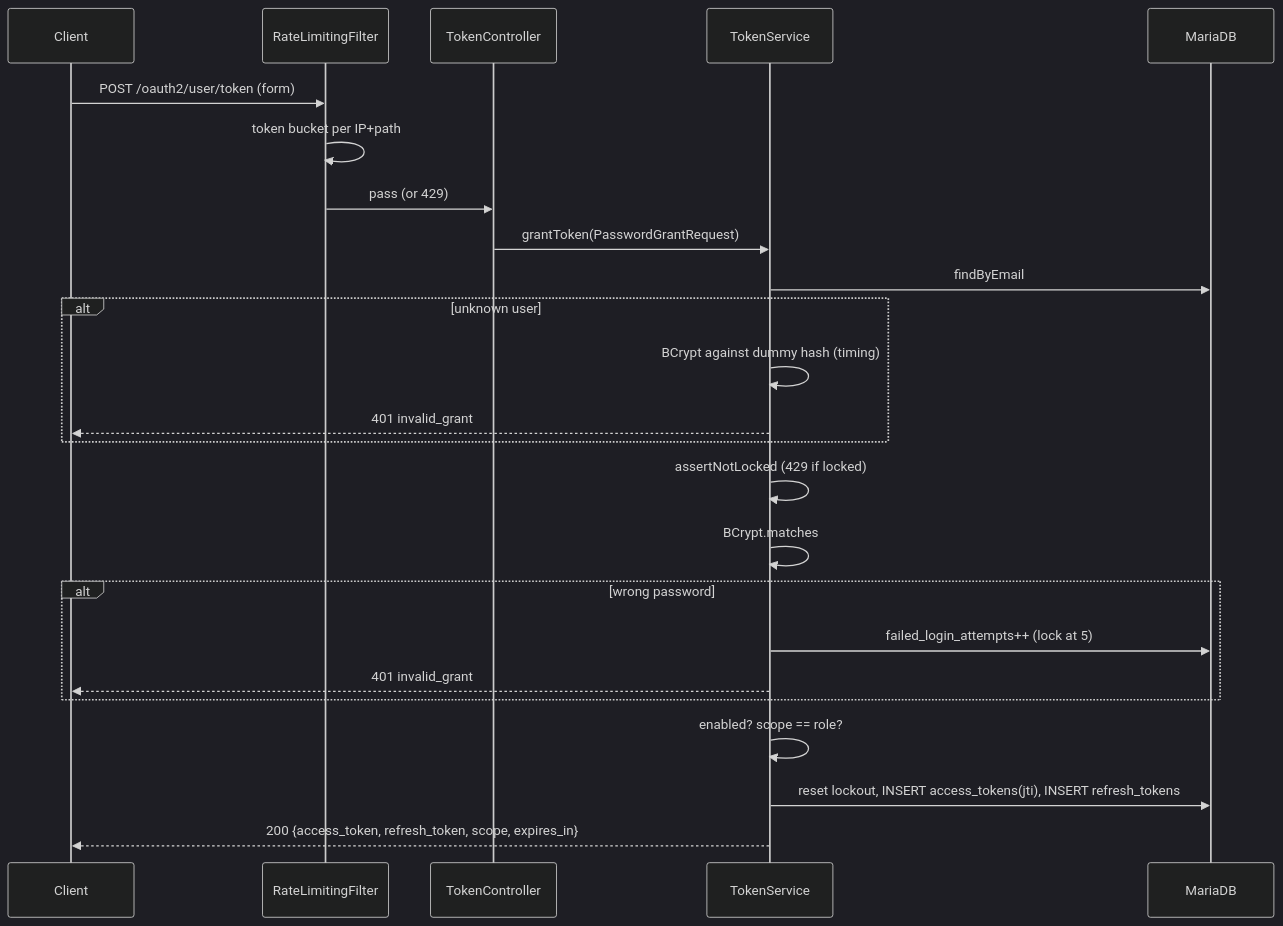
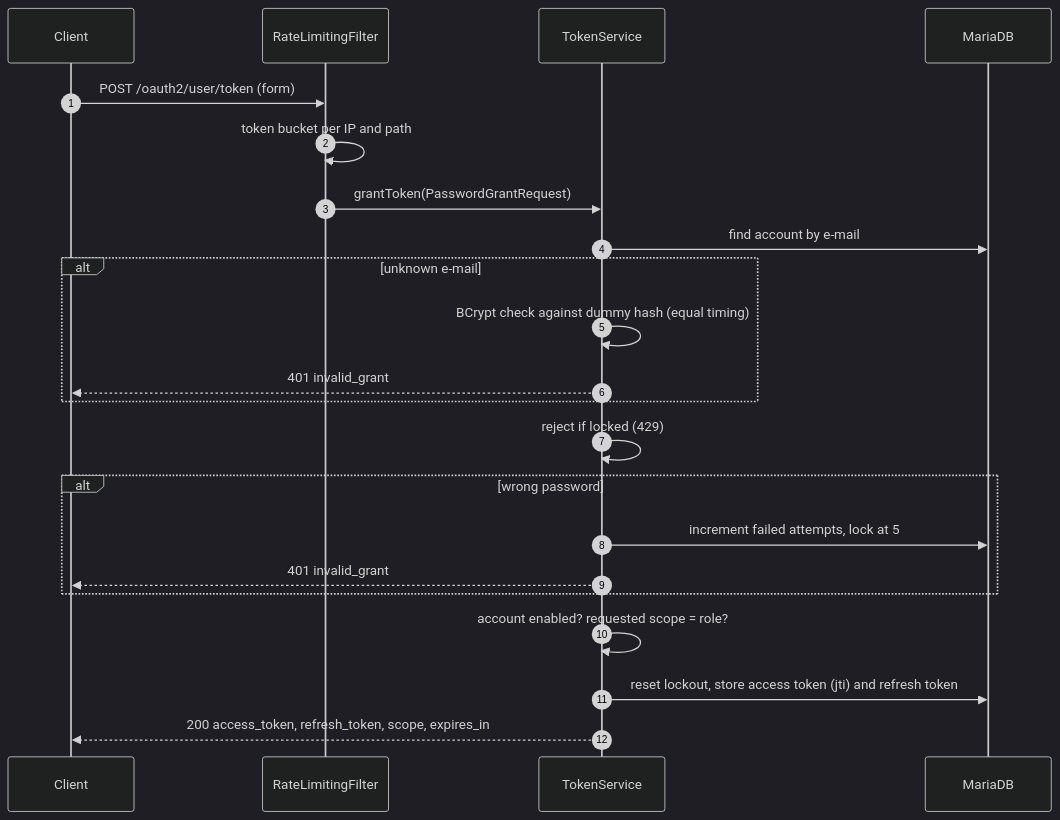
One commit to design-daas-fra-uas/design-daas-backend-java changed the third of 9 diagrams in docs/arc42.md. Above: the diagram before and after it, drawn with Mermaid (dark theme). The commit also changed other lines of this file and 3 other files, not shown here.

````diff
--- a/docs/arc42.md
+++ b/docs/arc42.md
@@ -137,26 +223,24 @@
 ```mermaid
 sequenceDiagram
+    autonumber
     participant C as Client
     participant RL as RateLimitingFilter
-    participant TC as TokenController
     participant TS as TokenService
     participant DB as MariaDB
     C->>RL: POST /oauth2/user/token (form)
-    RL->>RL: token bucket per IP+path
-    RL->>TC: pass (or 429)
-    TC->>TS: grantToken(PasswordGrantRequest)
-    TS->>DB: findByEmail
-    alt unknown user
-        TS->>TS: BCrypt against dummy hash (timing)
+    RL->>RL: token bucket per IP and path
+    RL->>TS: grantToken(PasswordGrantRequest)
+    TS->>DB: find account by e-mail
+    alt unknown e-mail
+        TS->>TS: BCrypt check against dummy hash (equal timing)
         TS-->>C: 401 invalid_grant
     end
-    TS->>TS: assertNotLocked (429 if locked)
-    TS->>TS: BCrypt.matches
+    TS->>TS: reject if locked (429)
     alt wrong password
-        TS->>DB: failed_login_attempts++ (lock at 5)
+        TS->>DB: increment failed attempts, lock at 5
         TS-->>C: 401 invalid_grant
     end
-    TS->>TS: enabled? scope == role?
-    TS->>DB: reset lockout, INSERT access_tokens(jti), INSERT refresh_tokens
-    TS-->>C: 200 {access_token, refresh_token, scope, expires_in}
+    TS->>TS: account enabled? requested scope = role?
+    TS->>DB: reset lockout, store access token (jti) and refresh token
+    TS-->>C: 200 access_token, refresh_token, scope, expires_in
 ```
````
